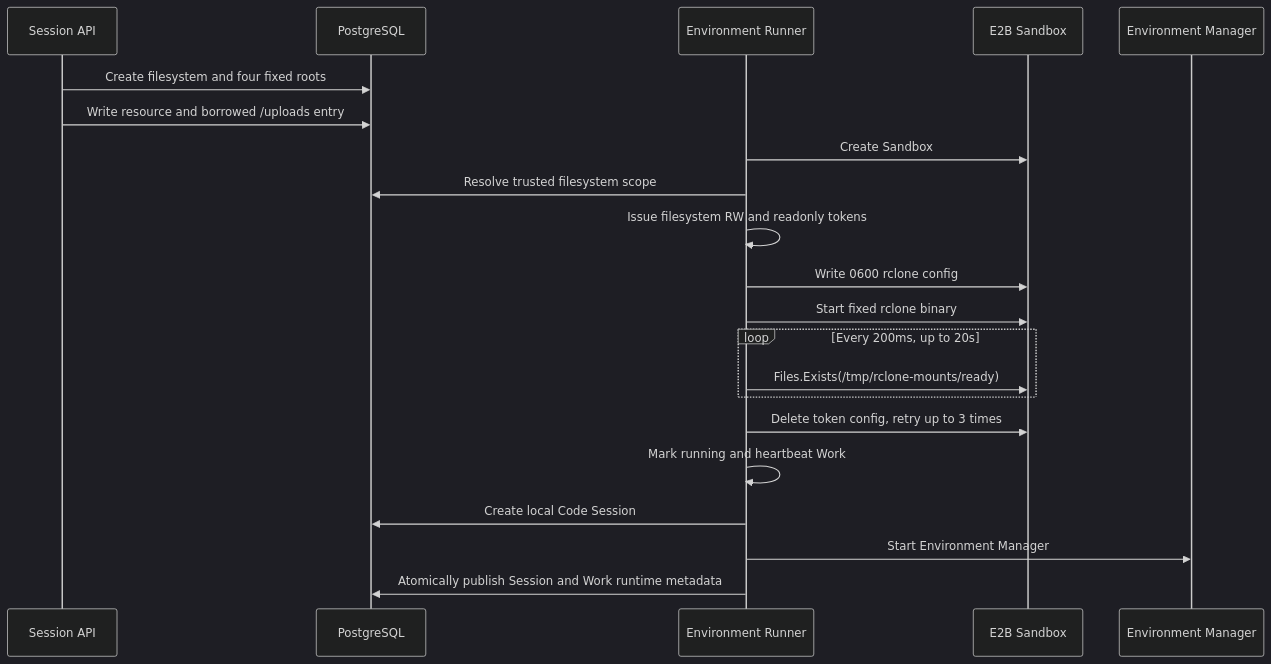
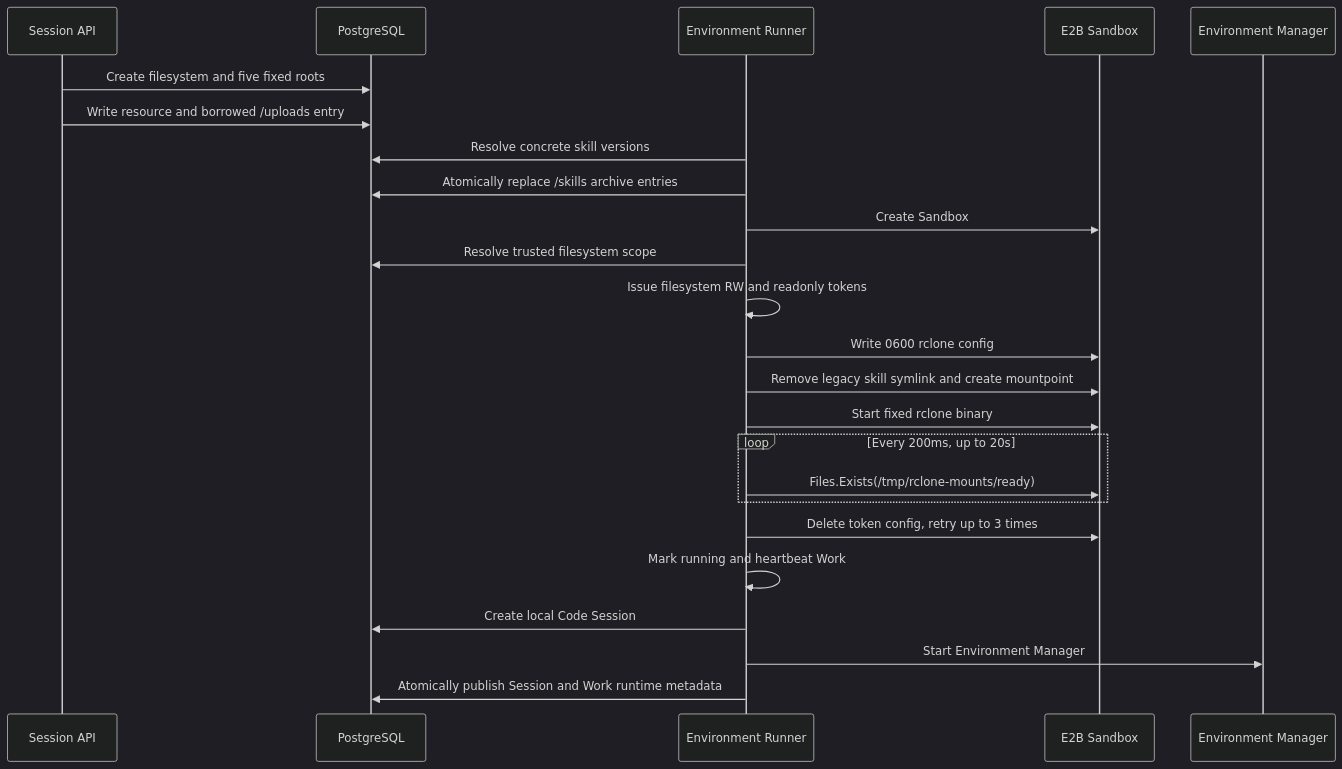
One commit to Postroggy/open-managed-agents changed the second of 4 diagrams in docs/design/be/filestore.md. Above: the diagram before and after it, drawn with Mermaid (dark theme). The commit also changed other lines of this file and 56 other files, not shown here.

First line of the commit message:
Add managed skill archive storage, prewarming, and runtime mounting (#160)

````diff
--- a/docs/design/be/filestore.md
+++ b/docs/design/be/filestore.md
@@ -128,23 +140,26 @@
 ```mermaid
 sequenceDiagram
     participant A as Session API
     participant D as PostgreSQL
     participant R as Environment Runner
     participant E as E2B Sandbox
     participant M as Environment Manager
-    A->>D: Create filesystem and four fixed roots
+    A->>D: Create filesystem and five fixed roots
     A->>D: Write resource and borrowed /uploads entry
+    R->>D: Resolve concrete skill versions
+    R->>D: Atomically replace /skills archive entries
     R->>E: Create Sandbox
     R->>D: Resolve trusted filesystem scope
     R->>R: Issue filesystem RW and readonly tokens
     R->>E: Write 0600 rclone config
+    R->>E: Remove legacy skill symlink and create mountpoint
     R->>E: Start fixed rclone binary
     loop Every 200ms, up to 20s
         R->>E: Files.Exists(/tmp/rclone-mounts/ready)
     end
     R->>E: Delete token config, retry up to 3 times
     R->>R: Mark running and heartbeat Work
     R->>D: Create local Code Session
     R->>M: Start Environment Manager
     R->>D: Atomically publish Session and Work runtime metadata
 ```
````
